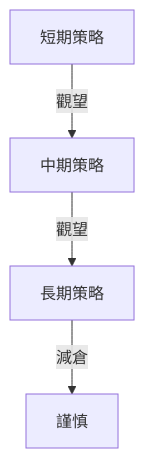
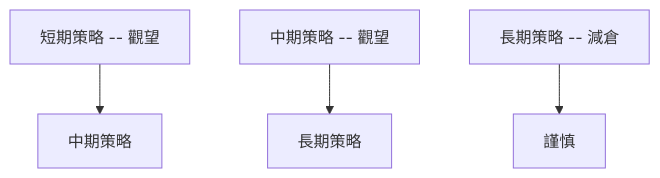
The ninth of 10 diagrams in ai_gen_report/stock/grab/technical_analysis_2026-03-29_openai.md (yennanliu/finance_data), drawn with Mermaid before and after one commit. The commit also changed other lines of this file and 2258 other files, not shown here.

First line of the commit message:
chore: backfill Mermaid syntax repair across existing reports

````diff
--- a/ai_gen_report/stock/grab/technical_analysis_2026-03-29_openai.md
+++ b/ai_gen_report/stock/grab/technical_analysis_2026-03-29_openai.md
@@ -318,6 +318,6 @@
 ```mermaid
 graph TD
-    短期策略 -- 觀望 --> 中期策略
-    中期策略 -- 觀望 --> 長期策略
-    長期策略 -- 減倉 --> 謹慎
+    nb1["短期策略 -- 觀望"] --> 中期策略
+    nb2["中期策略 -- 觀望"] --> 長期策略
+    nb3["長期策略 -- 減倉"] --> 謹慎
 ```
````
